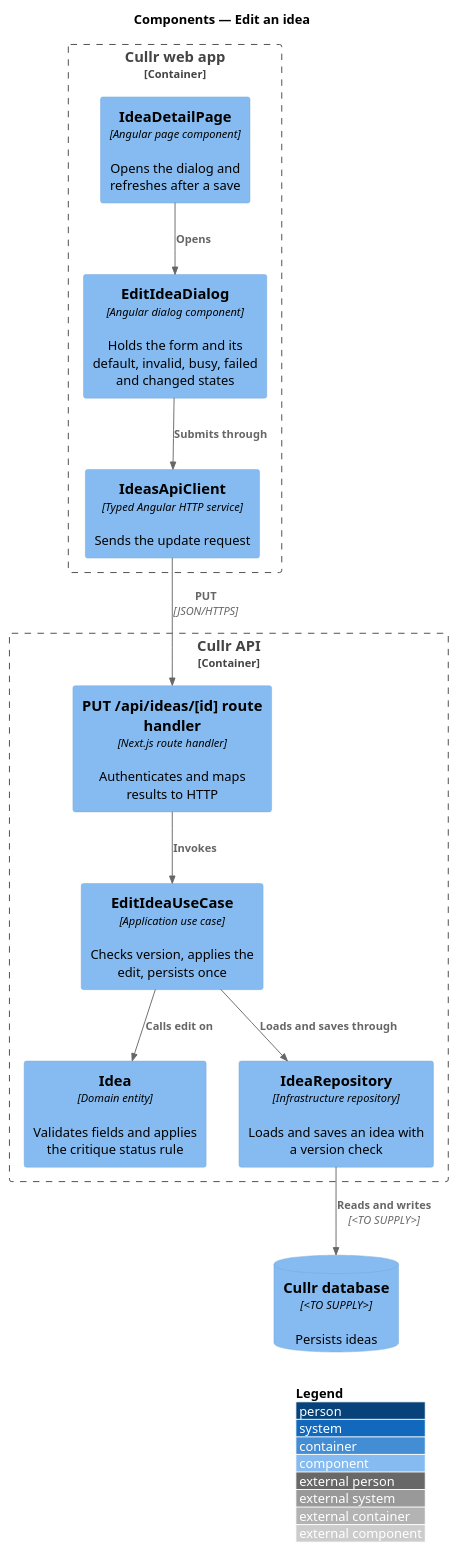
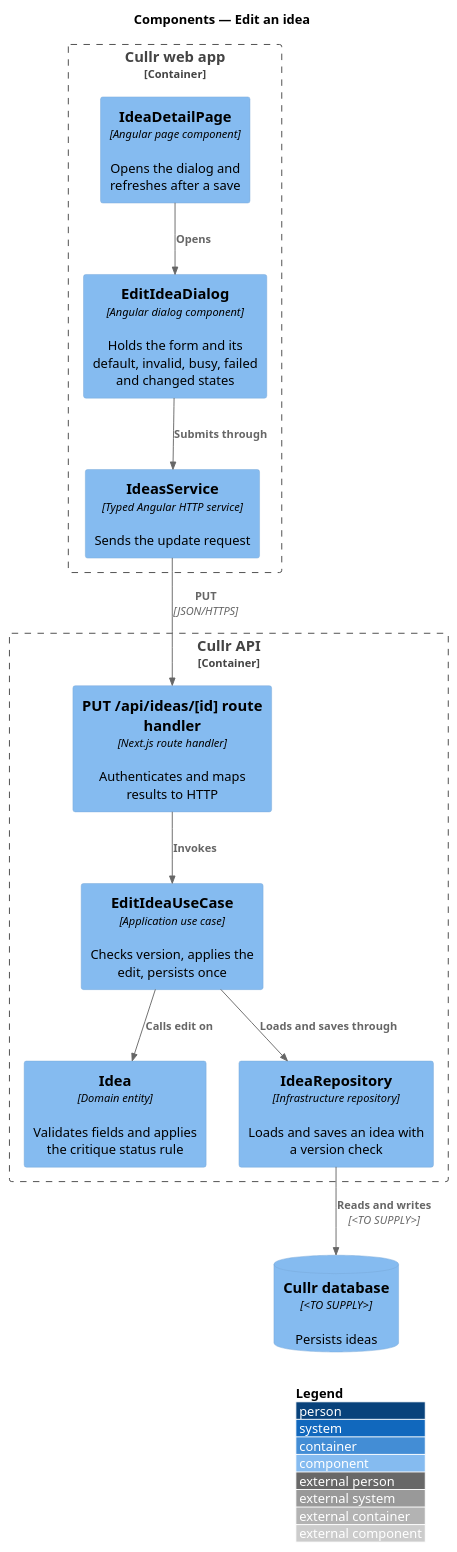
One commit to QuinntyneBrown/cullr changed the diagram in docs/detailed-designs/ideas/edit-idea/diagrams/c4-component.puml. Above: the diagram before and after it, drawn with PlantUML. The commit also changed 231 other files, not shown here.

```diff
--- a/docs/detailed-designs/ideas/edit-idea/diagrams/c4-component.puml
+++ b/docs/detailed-designs/ideas/edit-idea/diagrams/c4-component.puml
@@ -1,26 +1,26 @@
 @startuml
 !include <C4/C4_Component>
 LAYOUT_WITH_LEGEND()
 title Components — Edit an idea
 
 Container_Boundary(spa, "Cullr web app") {
   Component(page, "IdeaDetailPage", "Angular page component", "Opens the dialog and refreshes after a save")
   Component(dialog, "EditIdeaDialog", "Angular dialog component", "Holds the form and its default, invalid, busy, failed and changed states")
-  Component(client, "IdeasApiClient", "Typed Angular HTTP service", "Sends the update request")
+  Component(client, "IdeasService", "Typed Angular HTTP service", "Sends the update request")
 }
 Container_Boundary(api, "Cullr API") {
   Component(route, "PUT /api/ideas/[id] route handler", "Next.js route handler", "Authenticates and maps results to HTTP")
   Component(usecase, "EditIdeaUseCase", "Application use case", "Checks version, applies the edit, persists once")
   Component(entity, "Idea", "Domain entity", "Validates fields and applies the critique status rule")
   Component(repo, "IdeaRepository", "Infrastructure repository", "Loads and saves an idea with a version check")
 }
 ComponentDb(db, "Cullr database", "<TO SUPPLY>", "Persists ideas")
 
 Rel(page, dialog, "Opens")
 Rel(dialog, client, "Submits through")
 Rel(client, route, "PUT", "JSON/HTTPS")
 Rel(route, usecase, "Invokes")
 Rel(usecase, repo, "Loads and saves through")
 Rel(usecase, entity, "Calls edit on")
 Rel(repo, db, "Reads and writes", "<TO SUPPLY>")
 @enduml
```
